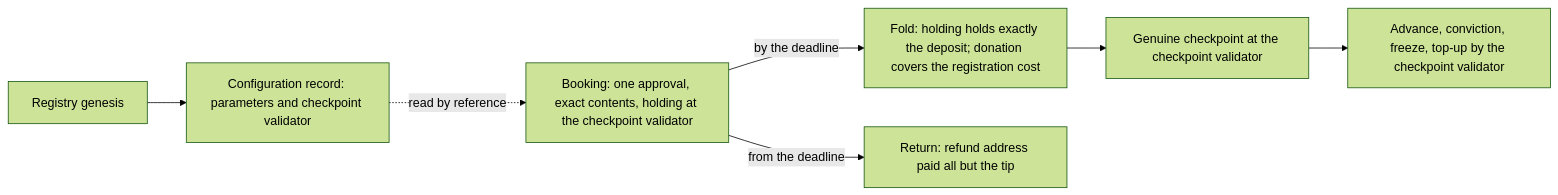
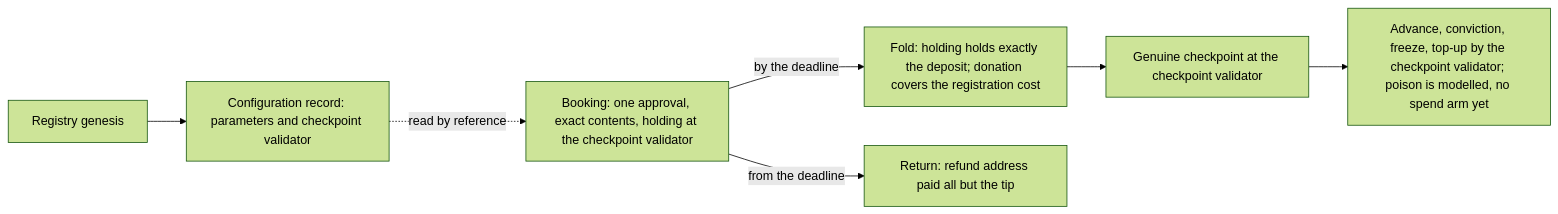
The second of 4 diagrams in docs/design/registry-as-mpfs.md (lambdasistemi/cardano-keri), drawn with Mermaid (forest theme) before and after one commit. The commit also changed other lines of this file and 64 other files, not shown here.

First line of the commit message:
docs: align the design and architecture pages with the accepted model

````diff
--- a/docs/design/registry-as-mpfs.md
+++ b/docs/design/registry-as-mpfs.md
@@ -237,9 +249,9 @@
 ```mermaid
 flowchart LR
   Genesis[Registry genesis] --> Record[Configuration record: parameters and checkpoint validator]
   Record -. read by reference .-> Book[Booking: one approval, exact contents, holding at the checkpoint validator]
   Book -->|by the deadline| Fold[Fold: holding holds exactly the deposit; donation covers the registration cost]
   Book -->|from the deadline| Return[Return: refund address paid all but the tip]
   Fold --> Checkpoint[Genuine checkpoint at the checkpoint validator]
-  Checkpoint --> Lifecycle[Advance, conviction, freeze, top-up by the checkpoint validator]
+  Checkpoint --> Lifecycle[Advance, conviction, freeze, top-up by the checkpoint validator; poison is modelled, no spend arm yet]
 ```
````
